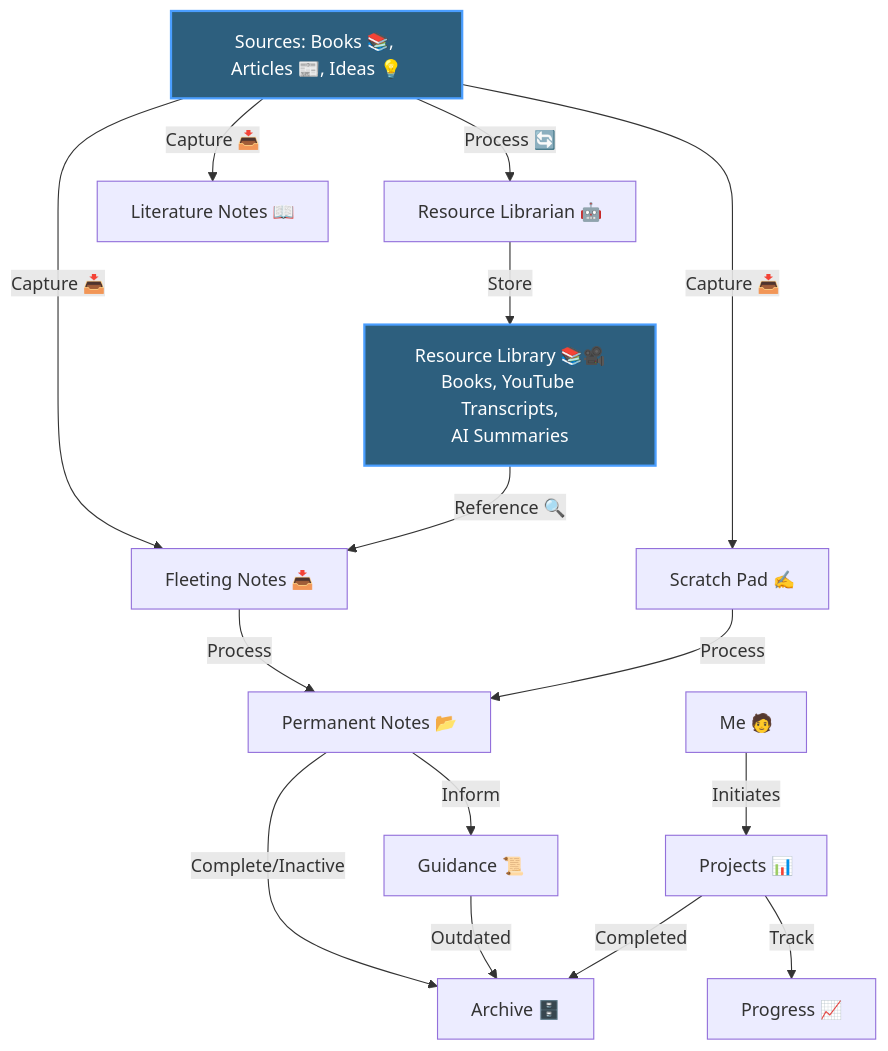
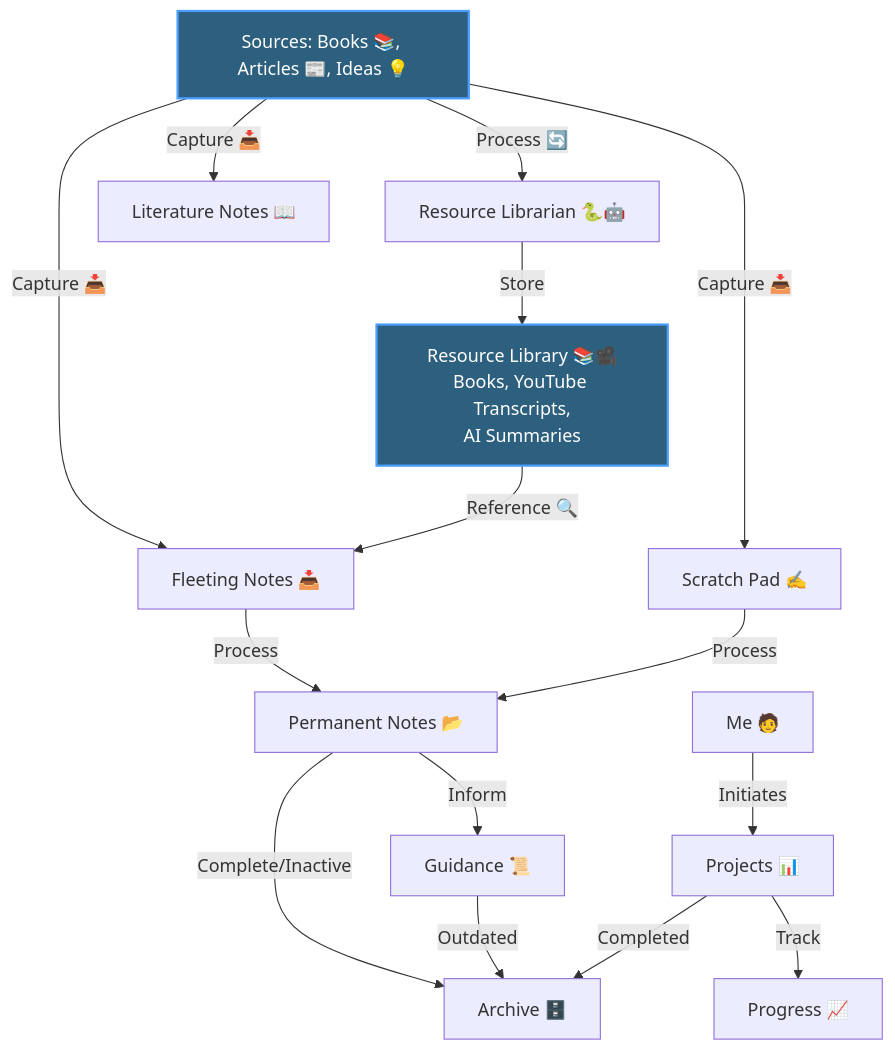
The diagram in README.md (kennyrnwilson/knowledge-library), drawn with Mermaid before and after one commit.

Commit message:
add icon

````diff
--- a/README.md
+++ b/README.md
@@ -23,29 +23,29 @@
 ```mermaid
 graph TD
     Sources[Sources: Books 📚, Articles 📰, Ideas 💡]
-    Librarian[Resource Librarian 🤖]
+    Librarian[Resource Librarian 🐍🤖]
     Resources[Resource Library 📚🎥<br/>Books, YouTube Transcripts,<br/>AI Summaries]
 
     Sources -- Process 🔄 --> Librarian
     Librarian -- Store --> Resources
     Sources -- Capture 📥 --> A1[Fleeting Notes 📥]
     Sources -- Capture 📥 --> A2[Scratch Pad ✍️]
     Sources -- Capture 📥 --> A3[Literature Notes 📖]
     Resources -- Reference 🔍 --> A1
     Human[Me 🧑] -- Initiates --> P[Projects 📊]
 
     A1 -- Process --> B1[Permanent Notes 📂]
     A2 -- Process --> B1
 
     B1 -- Inform --> A4[Guidance 📜]
     P -- Track --> B3[Progress 📈]
     B1 -- Complete/Inactive --> Archive[Archive 🗄️]
     A4 -- Outdated --> Archive
     P -- Completed --> Archive
 
     click Resources "https://github.com/kennyrnwilson/resource-library" "View Resource Library"
     click Librarian "https://github.com/kennyrnwilson/resource-librarian" "View Resource Librarian"
 
     style Resources fill:#2d5f7e,stroke:#4a9eff,stroke-width:2px,color:#fff
     style Sources fill:#2d5f7e,stroke:#4a9eff,stroke-width:2px,color:#fff
 ```
````
